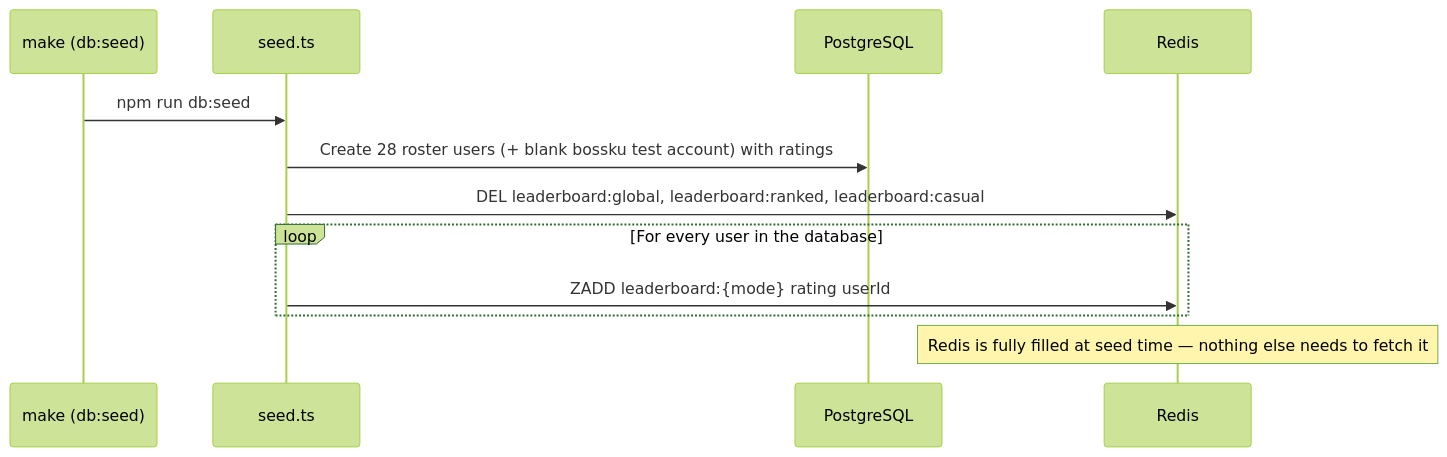
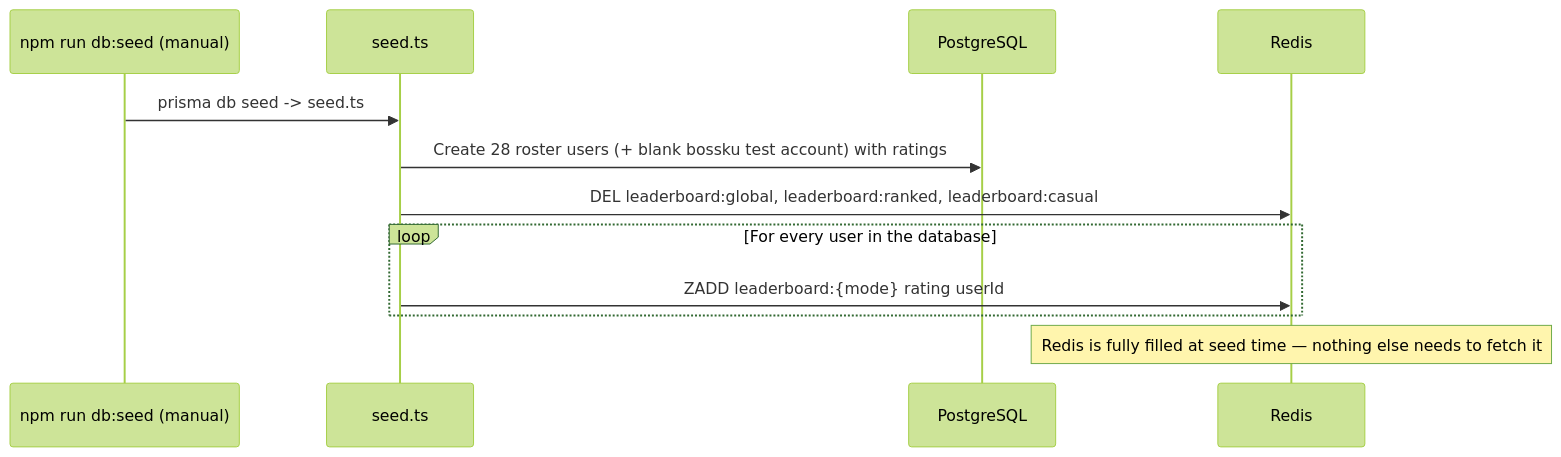
Before and after one commit to JaxzTan/ft_transcendence: the second of 6 diagrams in docs/backend/backend-leaderboard-module.md, drawn with Mermaid (forest theme). The commit also changed other lines of this file and 6 other files, not shown here.

````diff
--- a/docs/backend/backend-leaderboard-module.md
+++ b/docs/backend/backend-leaderboard-module.md
@@ -108,15 +107,15 @@
 ```mermaid
 sequenceDiagram
-    participant Make as make (db:seed)
+    participant Op as npm run db:seed (manual)
     participant Seed as seed.ts
     participant DB as PostgreSQL
     participant R as Redis
 
-    Make->>Seed: npm run db:seed
+    Op->>Seed: prisma db seed -> seed.ts
     Seed->>DB: Create 28 roster users (+ blank bossku test account) with ratings
     Seed->>R: DEL leaderboard:global, leaderboard:ranked, leaderboard:casual
     loop For every user in the database
         Seed->>R: ZADD leaderboard:{mode} rating userId
     end
     Note over R: Redis is fully filled at seed time — nothing else needs to fetch it
 ```
````
